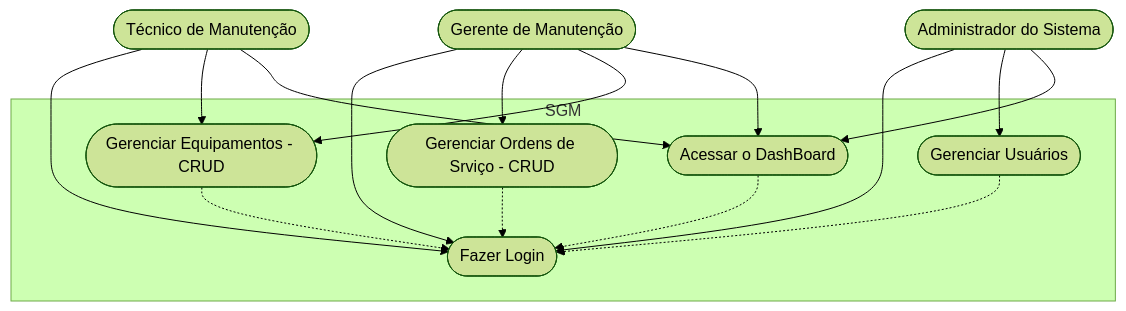
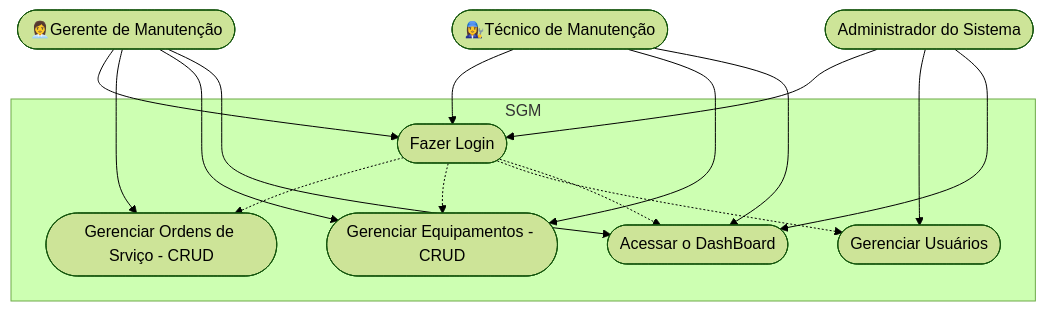
Before and after one commit to derick-gomes/front-end-SESI: the second of 3 diagrams in Frameworks/Next/formativa-sgm/README.md, drawn with Mermaid (forest theme). The commit also changed other lines of this file, not shown here.

````diff
--- a/Frameworks/Next/formativa-sgm/README.md
+++ b/Frameworks/Next/formativa-sgm/README.md
@@ -103,35 +103,35 @@
 ```mermaid
 
 graph TD
 
     subgraph "SGM"
         caso1([Fazer Login])
         caso2([Gerenciar Ordens de Srviço - CRUD])
         caso3([Gerenciar Equipamentos - CRUD])
         caso4([Gerenciar Usuários])
         caso5([Acessar o DashBoard])
     end
 
-    Tecnico([Técnico de Manutenção])
-    Gerente([Gerente de Manutenção])
+    Tecnico([👩‍🔧Técnico de Manutenção])
+    Gerente([👩‍💼Gerente de Manutenção])
     Admin([Administrador do Sistema])
 
     Tecnico --> caso1
     Tecnico --> caso3
     Tecnico --> caso5
 
     Gerente --> caso1
     Gerente --> caso2
     Gerente --> caso3
     Gerente --> caso5
 
     Admin --> caso1
     Admin --> caso4
     Admin --> caso5
 
-    caso2 -.-> caso1
-    caso3 -.-> caso1
-    caso4 -.-> caso1
-    caso5 -.-> caso1
+    caso1 -.-> caso2
+    caso1 -.-> caso3
+    caso1 -.-> caso4
+    caso1 -.-> caso5
     
 ```
````
